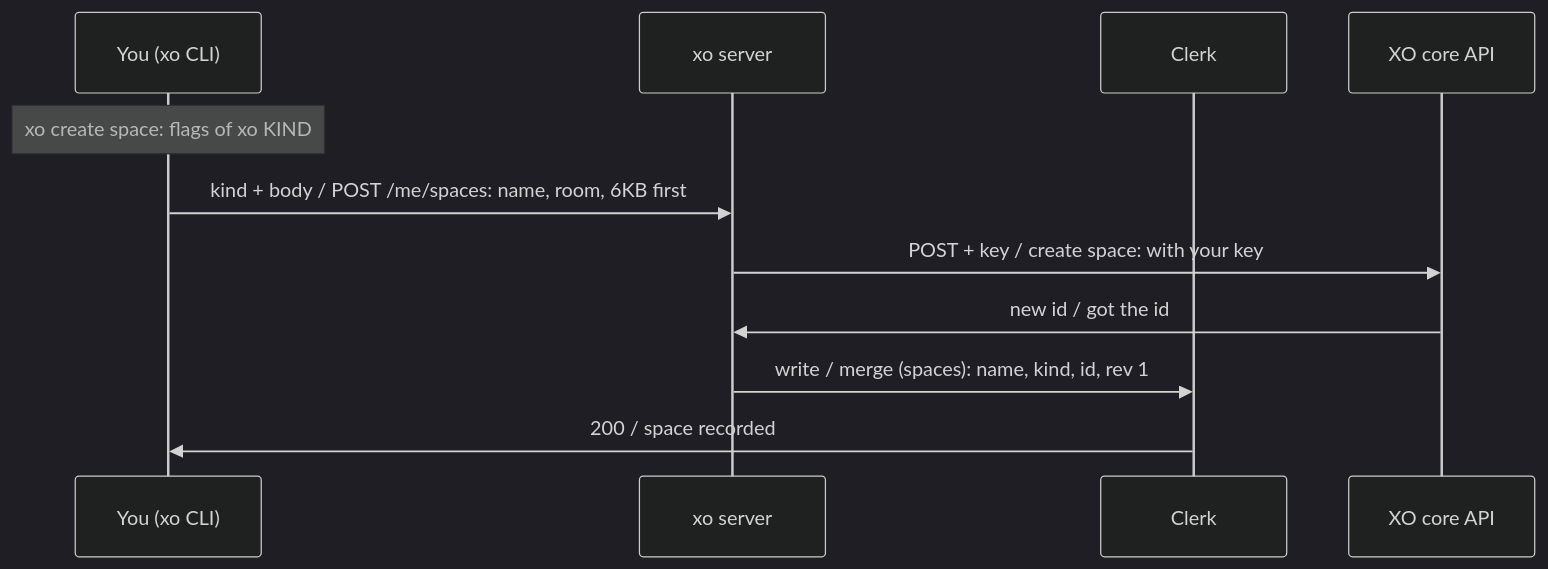
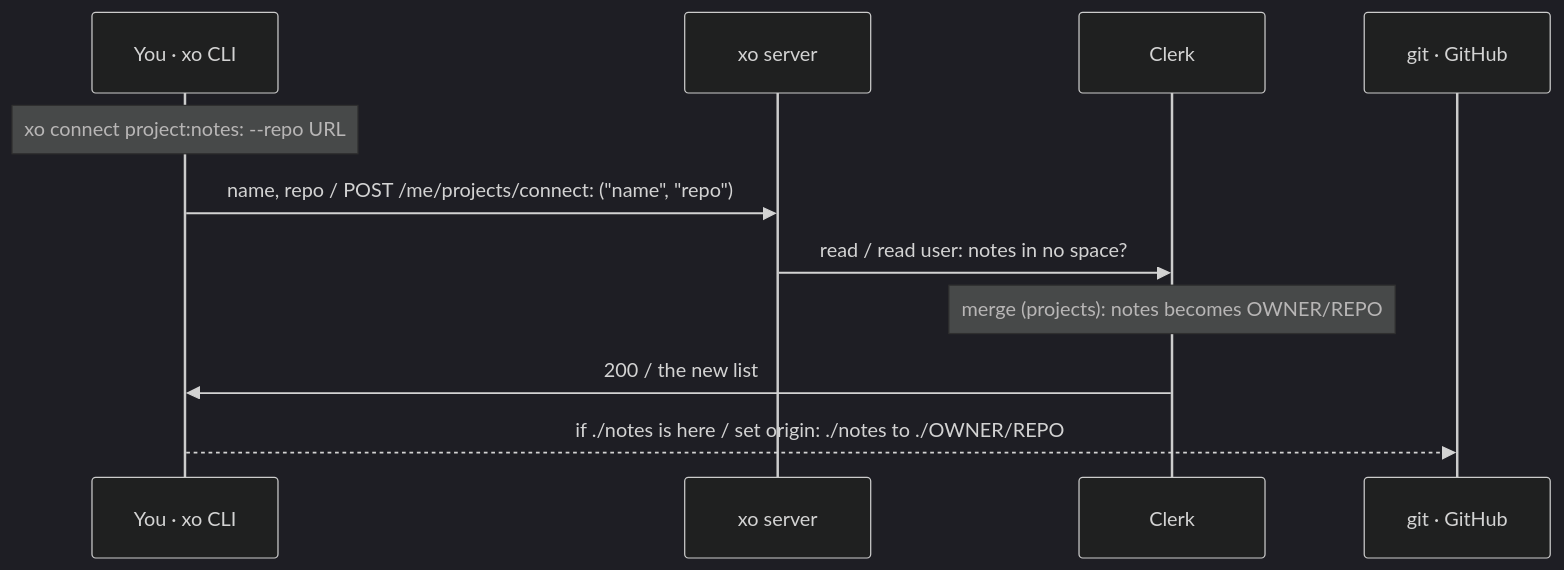
Diagram 13 of 30 in docs/architecture.md (quirq-ai/xo), drawn with Mermaid (dark theme) before and after one commit. The commit also changed other lines of this file and 13 other files, not shown here.

First line of the commit message:
xo create: one command for every space and project

````diff
--- a/docs/architecture.md
+++ b/docs/architecture.md
@@ -270,13 +285,13 @@
 ```mermaid
 sequenceDiagram
-  participant CLI as You (xo CLI)
-  participant Server as xo server
+  participant Cli as You · xo CLI
+  participant Srv as xo server
   participant Clerk as Clerk
-  participant XO as XO core API
-  Note over CLI: xo create space: flags of xo KIND
-  CLI->>Server: kind + body / POST /me/spaces: name, room, 6KB first
-  Server->>XO: POST + key / create space: with your key
-  XO->>Server: new id / got the id
-  Server->>Clerk: write / merge (spaces): name, kind, id, rev 1
-  Clerk->>CLI: 200 / space recorded
+  participant Git as git · GitHub
+  Note over Cli: xo connect project:notes: --repo URL
+  Cli->>Srv: name, repo / POST /me/projects/connect: ("name", "repo")
+  Srv->>Clerk: read / read user: notes in no space?
+  Note over Clerk: merge (projects): notes becomes OWNER/REPO
+  Clerk->>Cli: 200 / the new list
+  Cli-->>Git: if ./notes is here / set origin: ./notes to ./OWNER/REPO
 ```
````
